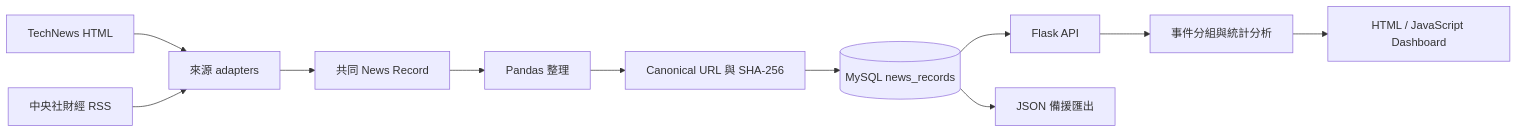
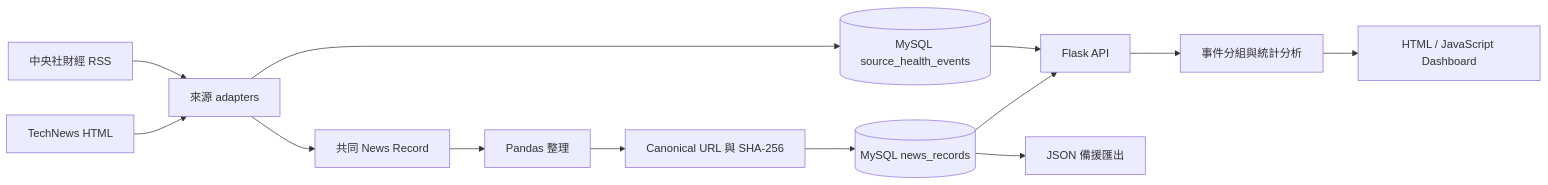
One commit to OllieHu12304/Morning-Alpha changed the diagram in README.md. Above: the diagram before and after it, drawn with Mermaid. The commit also changed other lines of this file and 17 other files, not shown here.

Commit message:
feat: show news source health status

````diff
--- a/README.md
+++ b/README.md
@@ -54,13 +57,15 @@
 ```mermaid
 flowchart LR
     A["TechNews HTML"] --> C["來源 adapters"]
     B["中央社財經 RSS"] --> C
     C --> D["共同 News Record"]
     D --> E["Pandas 整理"]
     E --> F["Canonical URL 與 SHA-256"]
     F --> G[("MySQL news_records")]
+    C --> L[("MySQL source_health_events")]
     G --> H["Flask API"]
+    L --> H
     G --> I["JSON 備援匯出"]
     H --> J["事件分組與統計分析"]
     J --> K["HTML / JavaScript Dashboard"]
 ```
````
